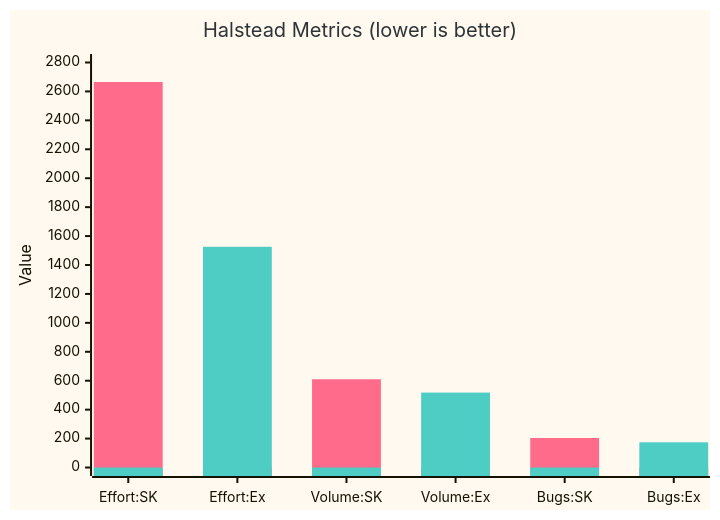
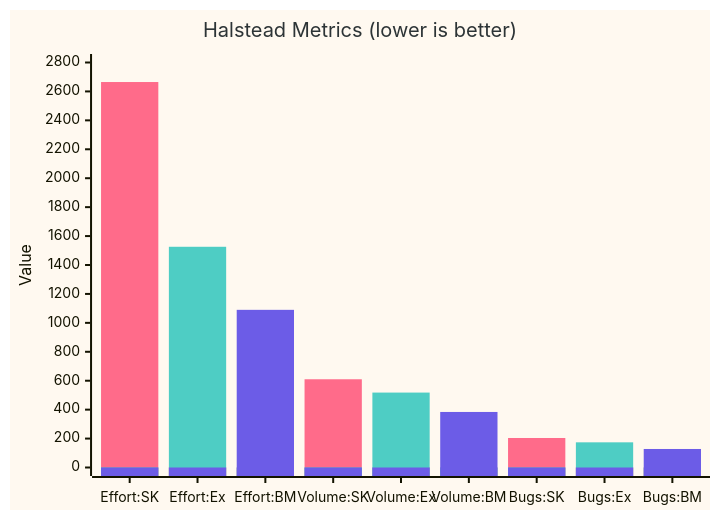
One commit to vunvulear/speckit-assessment changed the fourth of 5 diagrams in comparison-report.md. Above: the diagram before and after it, drawn with Mermaid. The commit also changed other lines of this file and 567 other files, not shown here.

````diff
--- a/comparison-report.md
+++ b/comparison-report.md
@@ -87,9 +91,10 @@
 ```mermaid
-%%{init: {'theme': 'base', 'themeVariables': {'xyChart': {'backgroundColor': '#FFF9F0', 'titleColor': '#2D3436', 'plotColorPalette': '#FF6B8A, #4ECDC4'}}}}%%
+%%{init: {'theme': 'base', 'themeVariables': {'xyChart': {'backgroundColor': '#FFF9F0', 'titleColor': '#2D3436', 'plotColorPalette': '#FF6B8A, #4ECDC4, #6C5CE7'}}}}%%
 xychart-beta
     title "Halstead Metrics (lower is better)"
-    x-axis ["Effort:SK", "Effort:Ex", "Volume:SK", "Volume:Ex", "Bugs:SK", "Bugs:Ex"]
+    x-axis ["Effort:SK", "Effort:Ex", "Effort:BM", "Volume:SK", "Volume:Ex", "Volume:BM", "Bugs:SK", "Bugs:Ex", "Bugs:BM"]
     y-axis "Value" 0 --> 2800
-    bar [2665, 0, 610, 0, 204, 0]
-    bar [0, 1526, 0, 518, 0, 174]
+    bar [2665, 0, 0, 610, 0, 0, 204, 0, 0]
+    bar [0, 1526, 0, 0, 518, 0, 0, 174, 0]
+    bar [0, 0, 1090, 0, 0, 384, 0, 0, 128]
 ```
````
